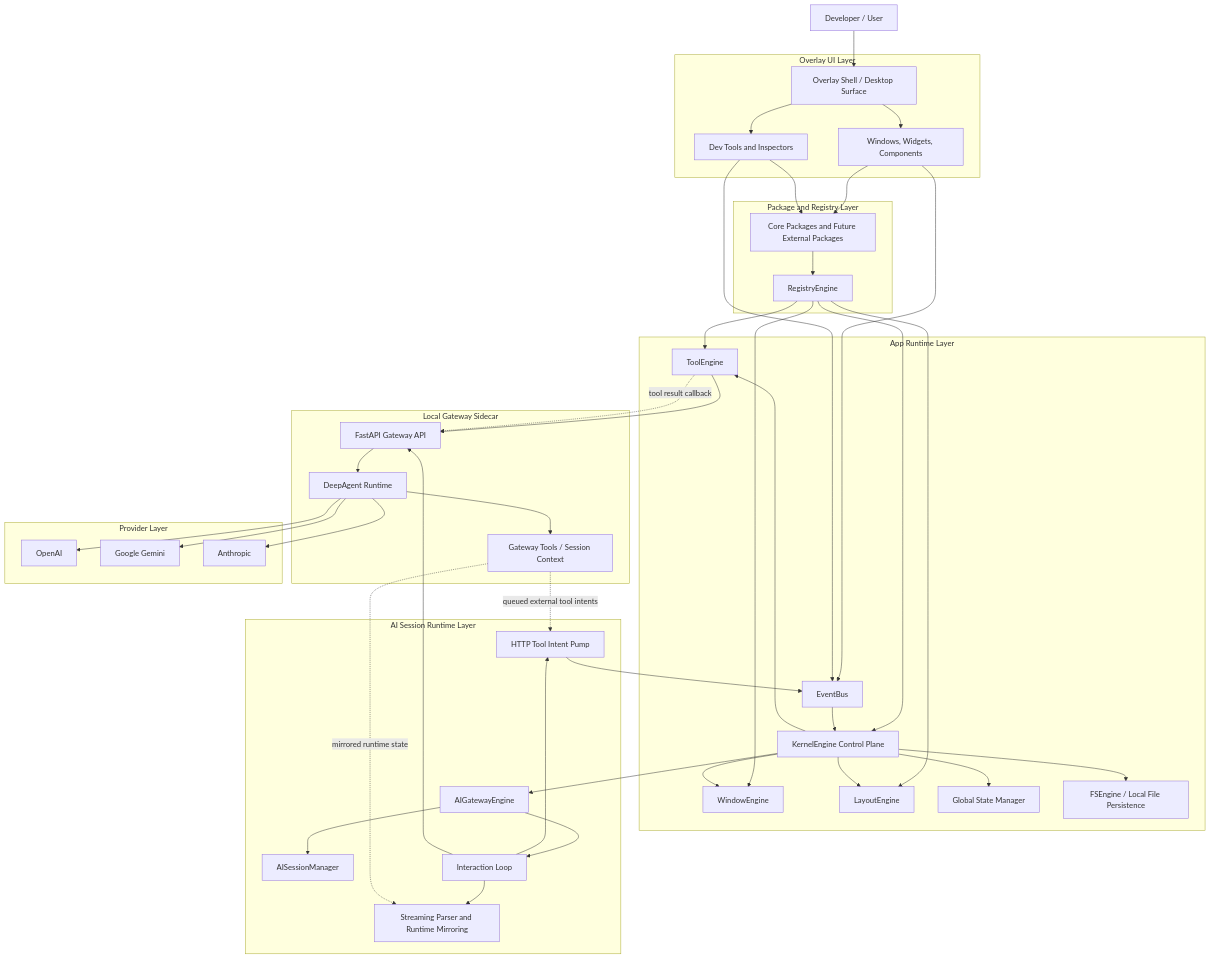
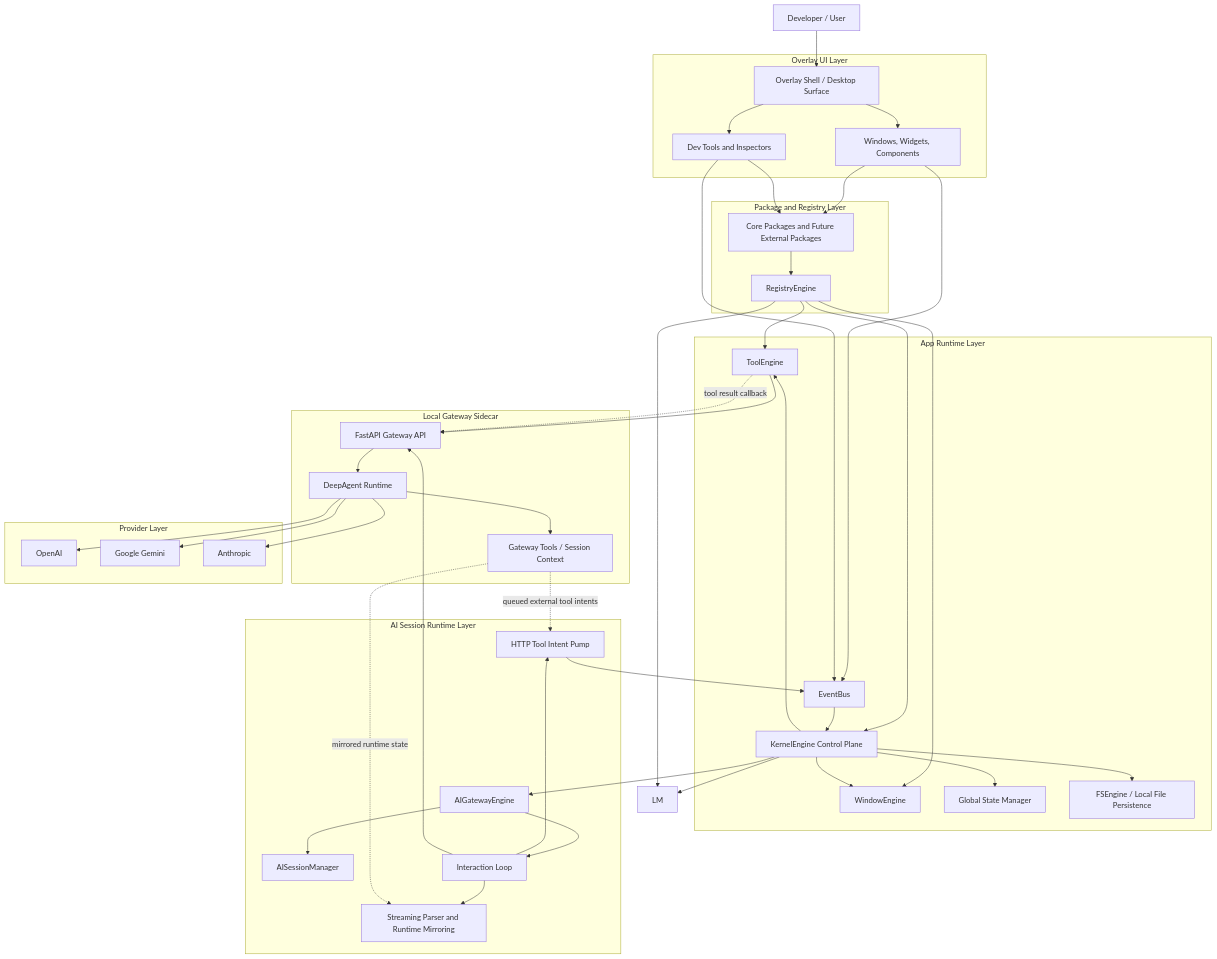
Before and after one commit to ItsJiran/Ace: the diagram in README.md, drawn with Mermaid. The commit also changed other lines of this file and 160 other files, not shown here.

Commit message:
temporary : removing legacy file brokening schemas

```diff
--- a/README.md
+++ b/README.md
@@ -152,7 +152,6 @@
 		E[EventBus]
 		WM[WindowEngine]
 		TM[ToolEngine]
-		LM[LayoutEngine]
 		GM[Global State Manager]
 		FS[FSEngine / Local File Persistence]
 	end
```
